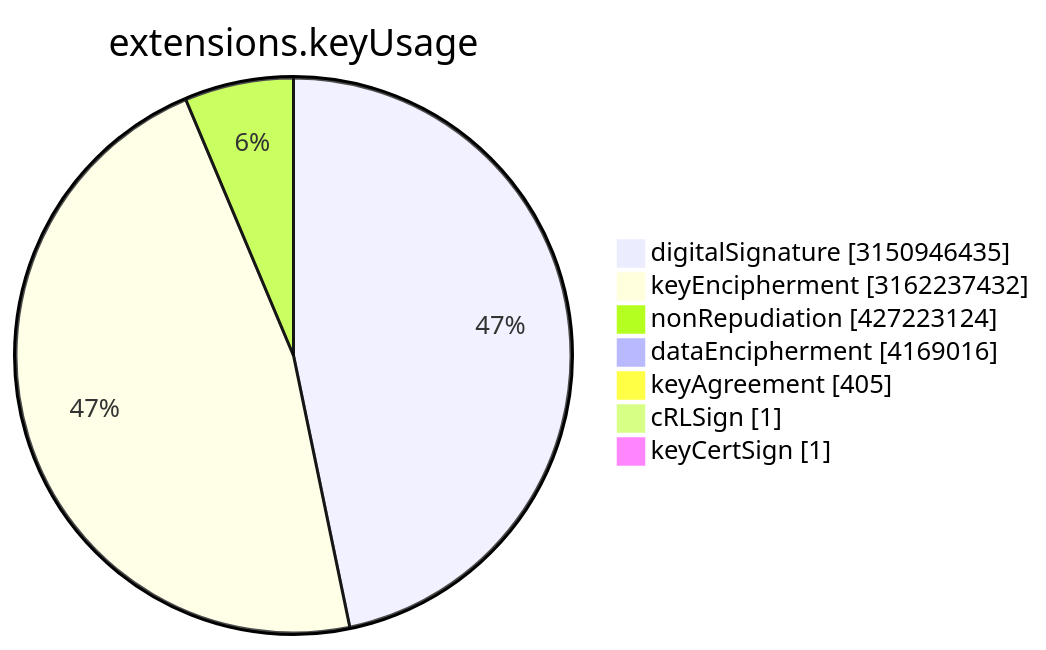
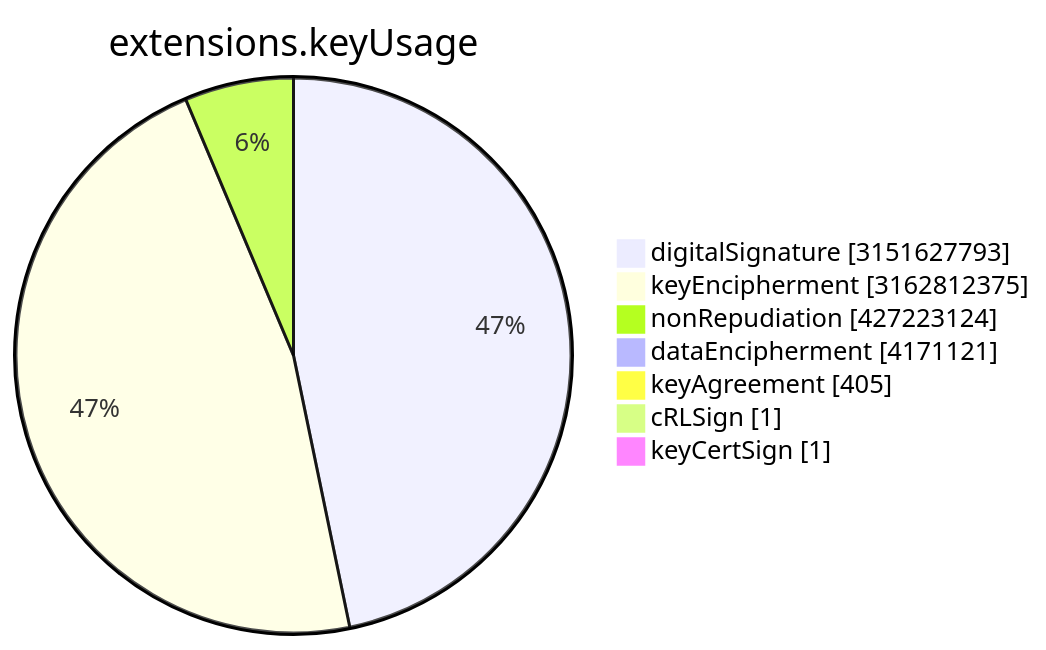
Before and after one commit to christiankrug/ctmonitor_visualization: the sixth of 15 diagrams in TOTAL/README.md, drawn with Mermaid. The commit also changed other lines of this file, not shown here.

````diff
--- a/TOTAL/README.md
+++ b/TOTAL/README.md
@@ -3077,11 +3077,11 @@
 ```mermaid
 pie showData
 title extensions.keyUsage
-"digitalSignature" :3150946435
-"keyEncipherment" :3162237432
+"digitalSignature" :3151627793
+"keyEncipherment" :3162812375
 "nonRepudiation" :427223124
-"dataEncipherment" :4169016
+"dataEncipherment" :4171121
 "keyAgreement" :405
 "cRLSign" :1
 "keyCertSign" :1
 ```
````
